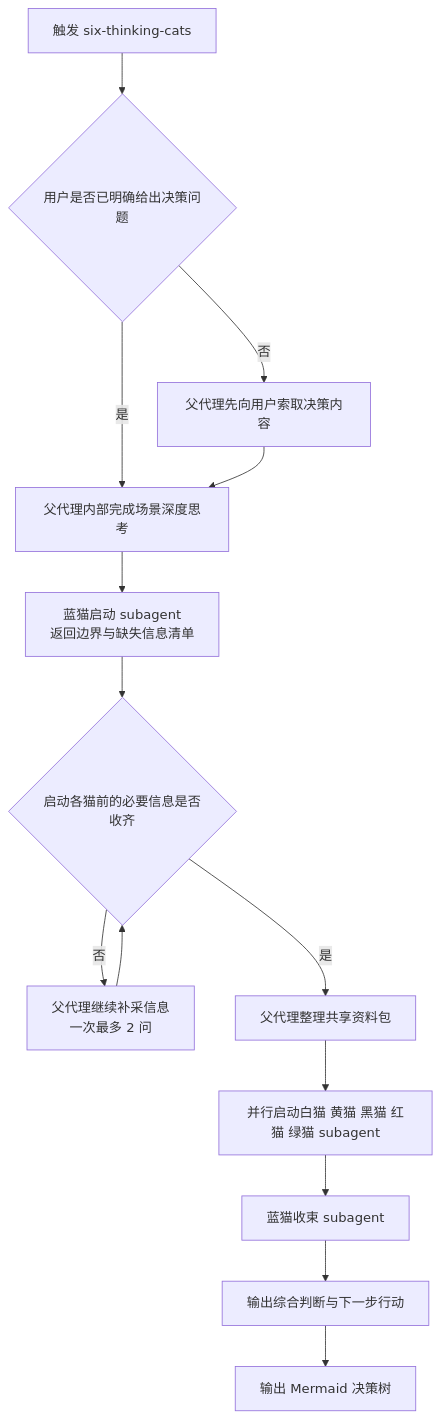
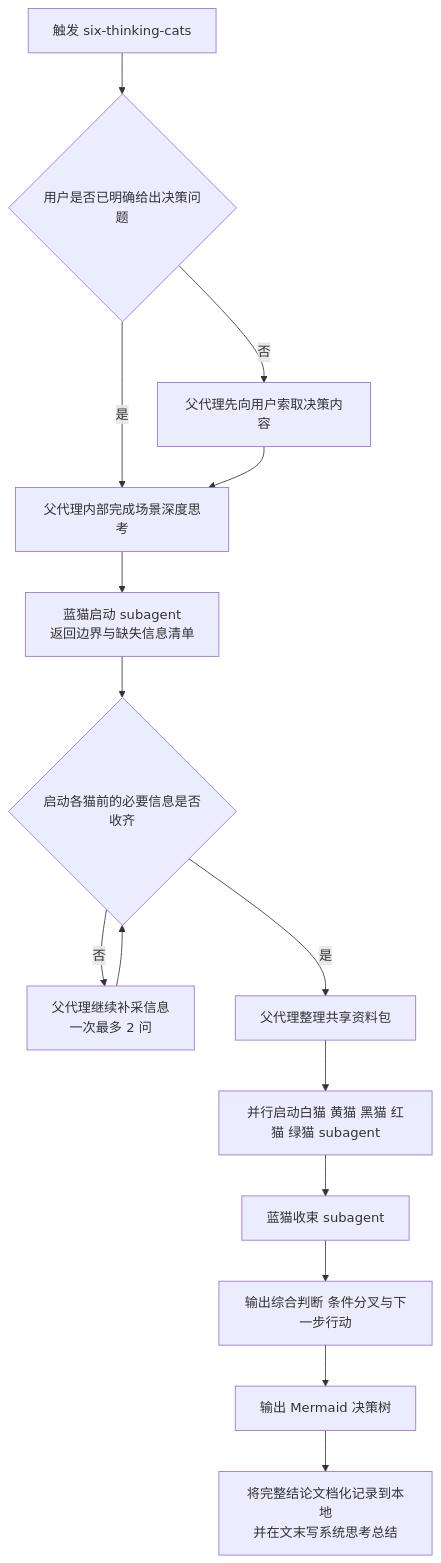
The diagram in SKILL.md (nanzhipro/six-thinking-cats), drawn with Mermaid before and after one commit. The commit also changed other lines of this file and 10 other files, not shown here.

````diff
--- a/SKILL.md
+++ b/SKILL.md
@@ -65,16 +66,17 @@
 ```mermaid
 flowchart TD
     A[触发 six-thinking-cats] --> B{用户是否已明确给出决策问题}
     B -- 否 --> C[父代理先向用户索取决策内容]
     B -- 是 --> D[父代理内部完成场景深度思考]
     C --> D
     D --> E[蓝猫启动 subagent<br/>返回边界与缺失信息清单]
     E --> F{启动各猫前的必要信息是否收齐}
     F -- 否 --> G[父代理继续补采信息<br/>一次最多 2 问]
     G --> F
     F -- 是 --> H[父代理整理共享资料包]
     H --> I[并行启动白猫 黄猫 黑猫 红猫 绿猫 subagent]
-    I --> J[蓝猫收束 subagent]
-    J --> K[输出综合判断与下一步行动]
-    K --> L[输出 Mermaid 决策树]
+   I --> J[蓝猫收束 subagent]
+   J --> K[输出综合判断 条件分叉与下一步行动]
+   K --> L[输出 Mermaid 决策树]
+   L --> M[将完整结论文档化记录到本地<br/>并在文末写系统思考总结]
 ```
````
